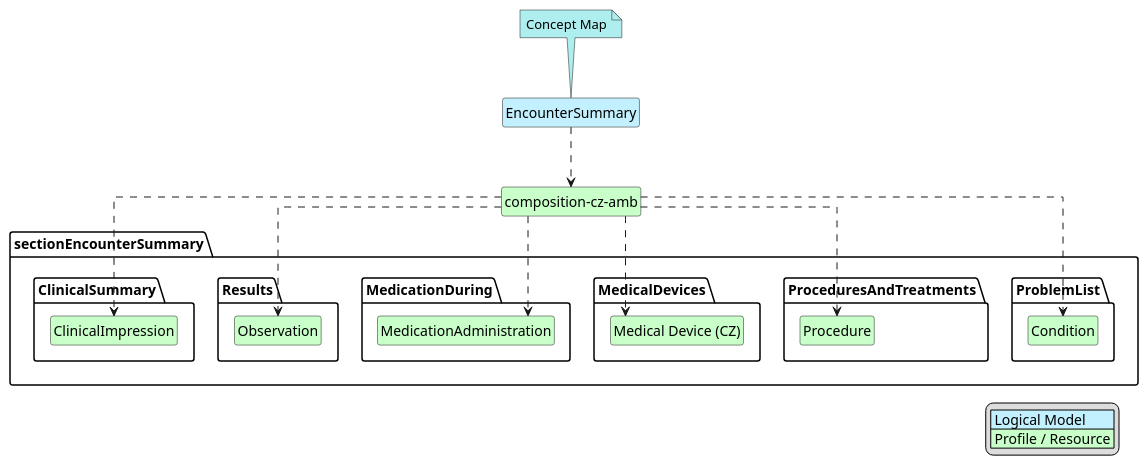
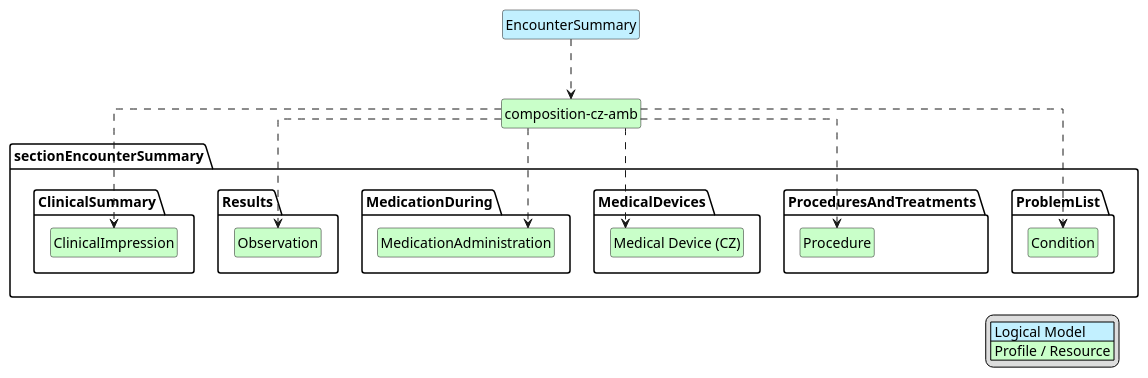
One commit to HL7-cz/amb changed the diagram in input/images-source/EncounterSummary-map.plantuml. Above: the diagram before and after it, drawn with PlantUML. The commit also changed 1 other file, not shown here.

Commit message:
doplnění mapovací tabulky Enouter Summary

```diff
--- a/input/images-source/EncounterSummary-map.plantuml
+++ b/input/images-source/EncounterSummary-map.plantuml
@@ -1,48 +1,44 @@
 @startuml EncounterSummary-map
 hide circle
 hide stereotype
 hide members
 hide methods
 
 skinparam linetype ortho
 skinparam class {
   BackgroundColor<<LogicalModel>> #APPLICATION
   BackgroundColor<<Profile>> #TECHNOLOGY
 }
 
 legend right
 | <#APPLICATION> Logical Model |
 | <#TECHNOLOGY> Profile / Resource |
 endlegend
 
 ' -----------------------------
 ' Source logical model
 ' -----------------------------
 class "EncounterSummary" <<LogicalModel>> [[StructureDefinition-EncounterSummaryCz.html]]
-
-note top #PaleTurquoise [[ConceptMap-encounterSummary2FHIR-cz-amb.html]]
-Concept Map
-endnote
 
 ' -----------------------------
 ' Target Composition (container)
 ' -----------------------------
 class "composition-cz-amb" <<Profile>> [[StructureDefinition-cz-composition-amb.html]]
 
 class "sectionEncounterSummary.ProblemList.Condition" <<Profile>>
 class "sectionEncounterSummary.ProceduresAndTreatments.Procedure" <<Profile>>
 class "sectionEncounterSummary.MedicalDevices.Medical Device (CZ)" <<Profile>>
 class "sectionEncounterSummary.MedicationDuring.MedicationAdministration" <<Profile>>
 class "sectionEncounterSummary.Results.Observation" <<Profile>>
 class "sectionEncounterSummary.ClinicalSummary.ClinicalImpression" <<Profile>>
 
 ' --- Realization links ---
 "EncounterSummary" ..> "composition-cz-amb"
 "composition-cz-amb" ..> "Condition"
 "composition-cz-amb" ..> "Procedure"
 "composition-cz-amb" ..> "Medical Device (CZ)"
 "composition-cz-amb" ..> "MedicationAdministration"
 "composition-cz-amb" ..> "Observation"
 "composition-cz-amb" ..> "ClinicalImpression"
 
 @enduml
```
